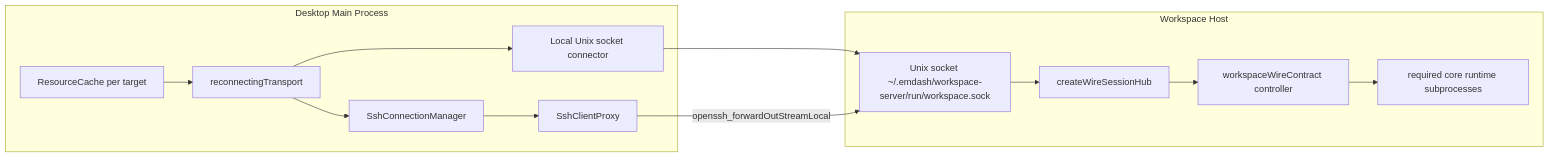
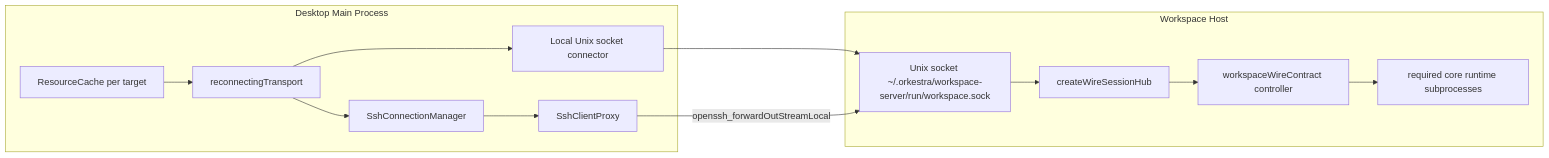
One commit to can890/orkestra changed the diagram in apps/workspace-server/docs/client-connection.md. Above: the diagram before and after it, drawn with Mermaid. The commit also changed other lines of this file and 5155 other files, not shown here.

````diff
--- a/apps/workspace-server/docs/client-connection.md
+++ b/apps/workspace-server/docs/client-connection.md
@@ -8,25 +8,25 @@
 ```mermaid
 flowchart LR
   subgraph desktop [Desktop Main Process]
     source["ResourceCache per target"]
     reconnecting[reconnectingTransport]
     local[Local Unix socket connector]
     sshManager[SshConnectionManager]
     proxy[SshClientProxy]
   end
   subgraph host [Workspace Host]
-    socket["Unix socket ~/.emdash/workspace-server/run/workspace.sock"]
+    socket["Unix socket ~/.orkestra/workspace-server/run/workspace.sock"]
     hub[createWireSessionHub]
     controller[workspaceWireContract controller]
     runtimes["required core runtime subprocesses"]
   end
   source --> reconnecting
   reconnecting --> local
   local --> socket
   reconnecting --> sshManager
   sshManager --> proxy
   proxy -->|"openssh_forwardOutStreamLocal"| socket
   socket --> hub
   hub --> controller
   controller --> runtimes
 ```
````
